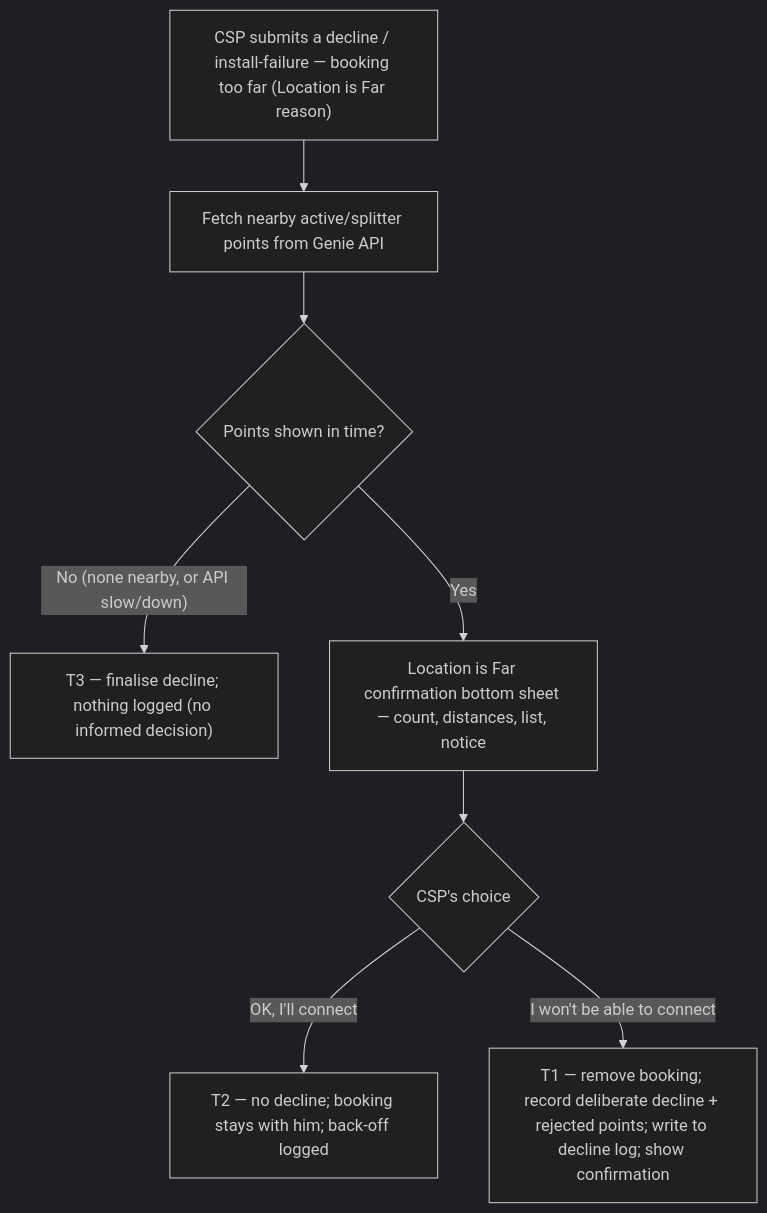
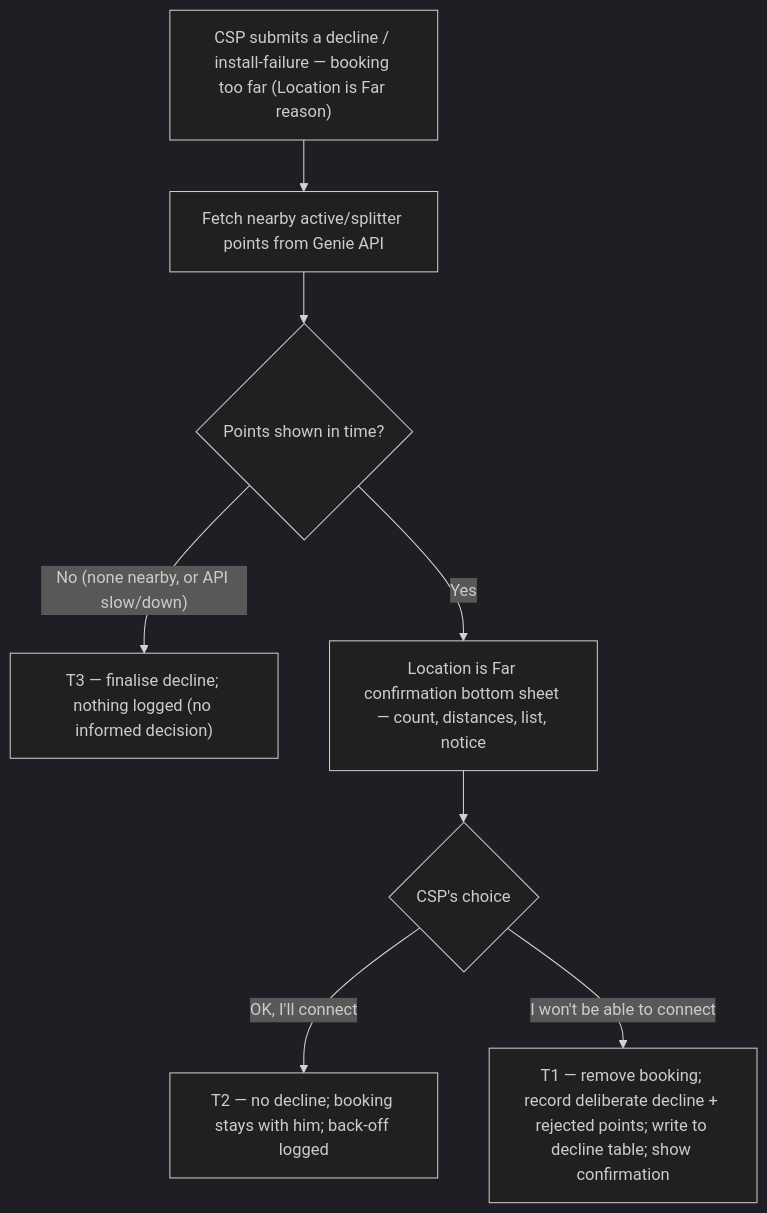
The diagram in Coverage_Decline_Assist_PRD.md (ashish-raj-wiom/coverage-decline-assist-prd), drawn with Mermaid (dark theme) before and after one commit. The commit also changed other lines of this file and 2 other files, not shown here.

Commit message:
PRD: decline log→decline table; splitter points in objective; non-blocker popup (drop blocking/no-dismiss); reword AC-GRD-1 so normal DAS/CLOS decline flow is explicit

````diff
--- a/Coverage_Decline_Assist_PRD.md
+++ b/Coverage_Decline_Assist_PRD.md
@@ -65,10 +65,10 @@
 ```mermaid
 flowchart TD
     A["CSP submits a decline / install-failure — booking too far (Location is Far reason)"] --> B["Fetch nearby active/splitter points from Genie API"]
     B --> C{"Points shown in time?"}
     C -- "No (none nearby, or API slow/down)" --> T3["T3 — finalise decline; nothing logged (no informed decision)"]
     C -- "Yes" --> D["Location is Far confirmation bottom sheet — count, distances, list, notice"]
     D --> E{"CSP's choice"}
     E -- "OK, I'll connect" --> T2["T2 — no decline; booking stays with him; back-off logged"]
-    E -- "I won't be able to connect" --> T1["T1 — remove booking; record deliberate decline + rejected points; write to decline log; show confirmation"]
+    E -- "I won't be able to connect" --> T1["T1 — remove booking; record deliberate decline + rejected points; write to decline table; show confirmation"]
 ```
````
